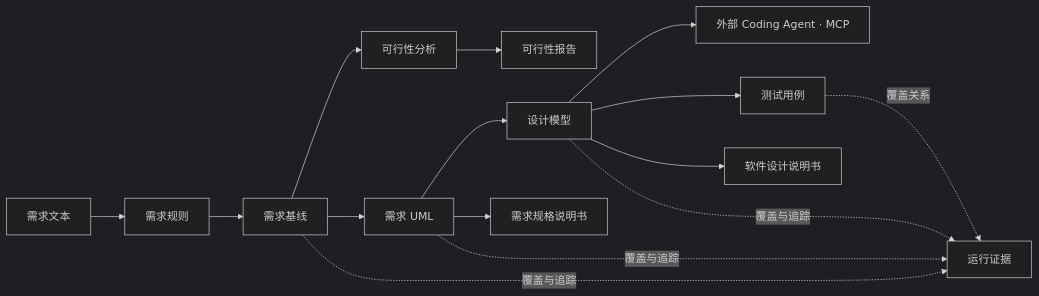
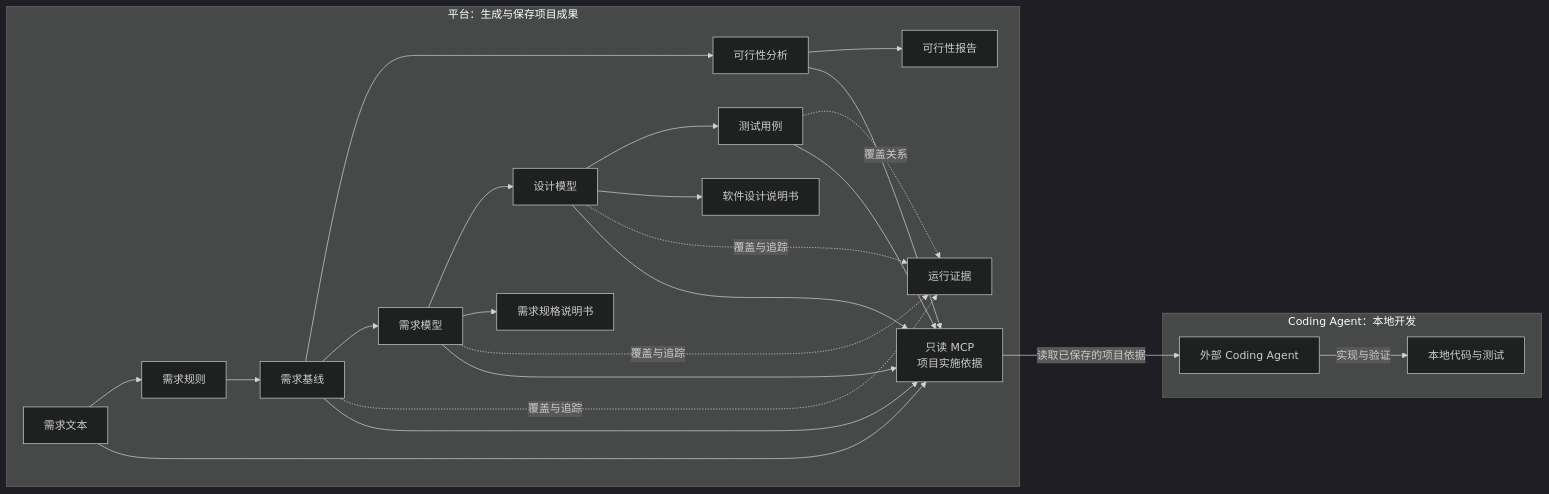
Before and after one commit to guolola/ai-software-engineering-platform: the first of 2 diagrams in readme-zh-cn.md, drawn with Mermaid (dark theme). The commit also changed other lines of this file and 80 other files, not shown here.

````diff
--- a/readme-zh-cn.md
+++ b/readme-zh-cn.md
@@ -128,17 +128,30 @@
 ```mermaid
 flowchart LR
-  A["需求文本"] --> B["需求规则"]
-  B --> C["需求基线"]
-  C --> D["可行性分析"]
-  C --> E["需求 UML"]
-  E --> F["设计模型"]
-  F --> G["外部 Coding Agent · MCP"]
-  F --> H["测试用例"]
-  D --> I["可行性报告"]
-  E --> J["需求规格说明书"]
-  F --> K["软件设计说明书"]
-  C -.覆盖与追踪.-> L["运行证据"]
-  E -.覆盖与追踪.-> L
-  F -.覆盖与追踪.-> L
-  H -.覆盖关系.-> L
+  subgraph platform["平台：生成与保存项目成果"]
+    A["需求文本"] --> B["需求规则"]
+    B --> C["需求基线"]
+    C --> D["可行性分析"]
+    C --> E["需求模型"]
+    E --> F["设计模型"]
+    F --> H["测试用例"]
+    D --> I["可行性报告"]
+    E --> J["需求规格说明书"]
+    F --> K["软件设计说明书"]
+    C -.覆盖与追踪.-> L["运行证据"]
+    E -.覆盖与追踪.-> L
+    F -.覆盖与追踪.-> L
+    H -.覆盖关系.-> L
+    A --> M["只读 MCP<br/>项目实施依据"]
+    C --> M
+    D --> M
+    E --> M
+    F --> M
+    H --> M
+  end
+
+  subgraph agent["Coding Agent：本地开发"]
+    G["外部 Coding Agent"] -->|"实现与验证"| N["本地代码与测试"]
+  end
+
+  M -->|"读取已保存的项目依据"| G
 ```
````
